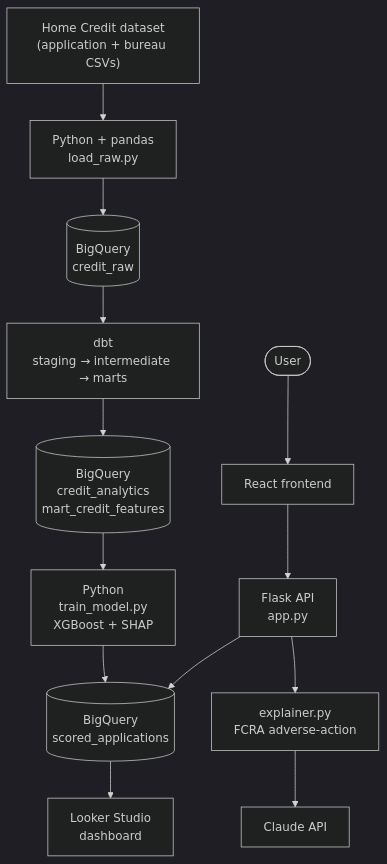
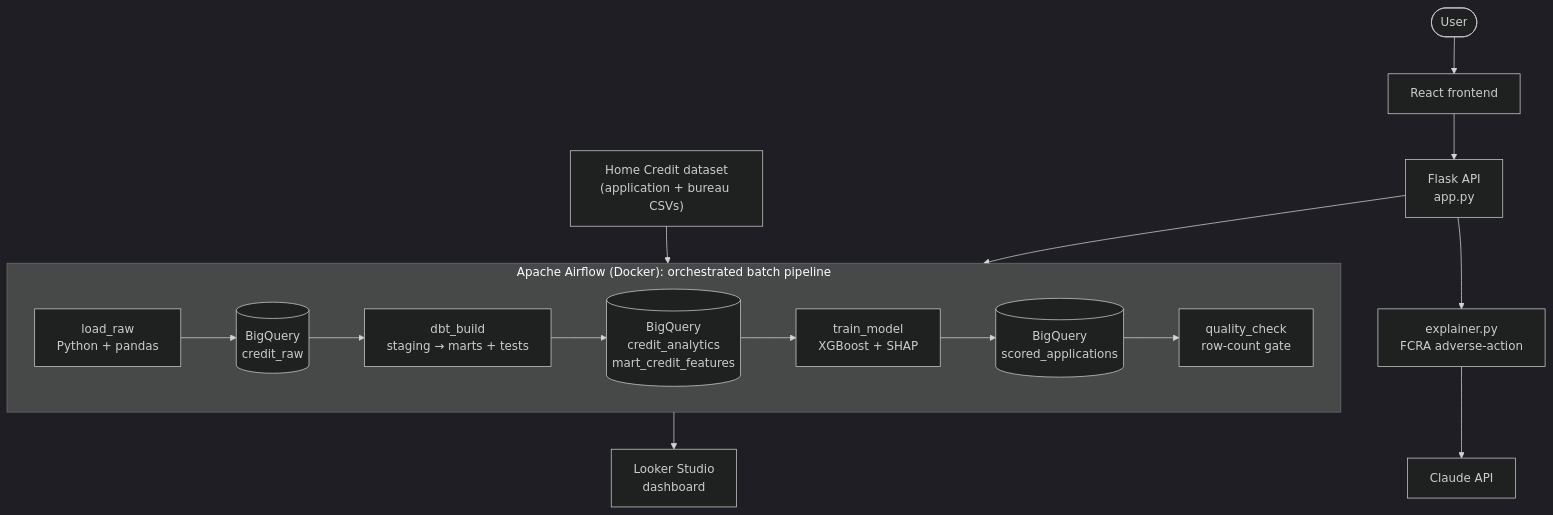
The diagram in README.md (ffumero2003/credit-risk-explainable-ai), drawn with Mermaid (dark theme) before and after one commit. The commit also changed other lines of this file and 17 other files, not shown here.

````diff
--- a/README.md
+++ b/README.md
@@ -19,21 +19,28 @@
 ```mermaid
 flowchart TD
     KAGGLE["Home Credit dataset<br/>(application + bureau CSVs)"]
-    INGEST["Python + pandas<br/>load_raw.py"]
-    RAW[("BigQuery<br/>credit_raw")]
-    DBT["dbt<br/>staging → intermediate → marts"]
-    ANALYTICS[("BigQuery<br/>credit_analytics<br/>mart_credit_features")]
-    MODEL["Python<br/>train_model.py<br/>XGBoost + SHAP"]
-    SCORED[("BigQuery<br/>scored_applications")]
+
+    subgraph AIRFLOW["Apache Airflow (Docker): orchestrated batch pipeline"]
+        direction LR
+        INGEST["load_raw<br/>Python + pandas"]
+        RAW[("BigQuery<br/>credit_raw")]
+        DBT["dbt_build<br/>staging → marts + tests"]
+        ANALYTICS[("BigQuery<br/>credit_analytics<br/>mart_credit_features")]
+        MODEL["train_model<br/>XGBoost + SHAP"]
+        SCORED[("BigQuery<br/>scored_applications")]
+        QC["quality_check<br/>row-count gate"]
+        INGEST --> RAW --> DBT --> ANALYTICS --> MODEL --> SCORED --> QC
+    end
+
     LOOKER["Looker Studio<br/>dashboard"]
     FLASK["Flask API<br/>app.py"]
     EXPLAIN["explainer.py<br/>FCRA adverse-action"]
     CLAUDE["Claude API"]
     REACT["React frontend"]
     USER(["User"])
 
-    KAGGLE --> INGEST --> RAW --> DBT --> ANALYTICS --> MODEL --> SCORED
+    KAGGLE --> INGEST
     SCORED --> LOOKER
     USER --> REACT --> FLASK --> SCORED
     FLASK --> EXPLAIN --> CLAUDE
 ```
````
